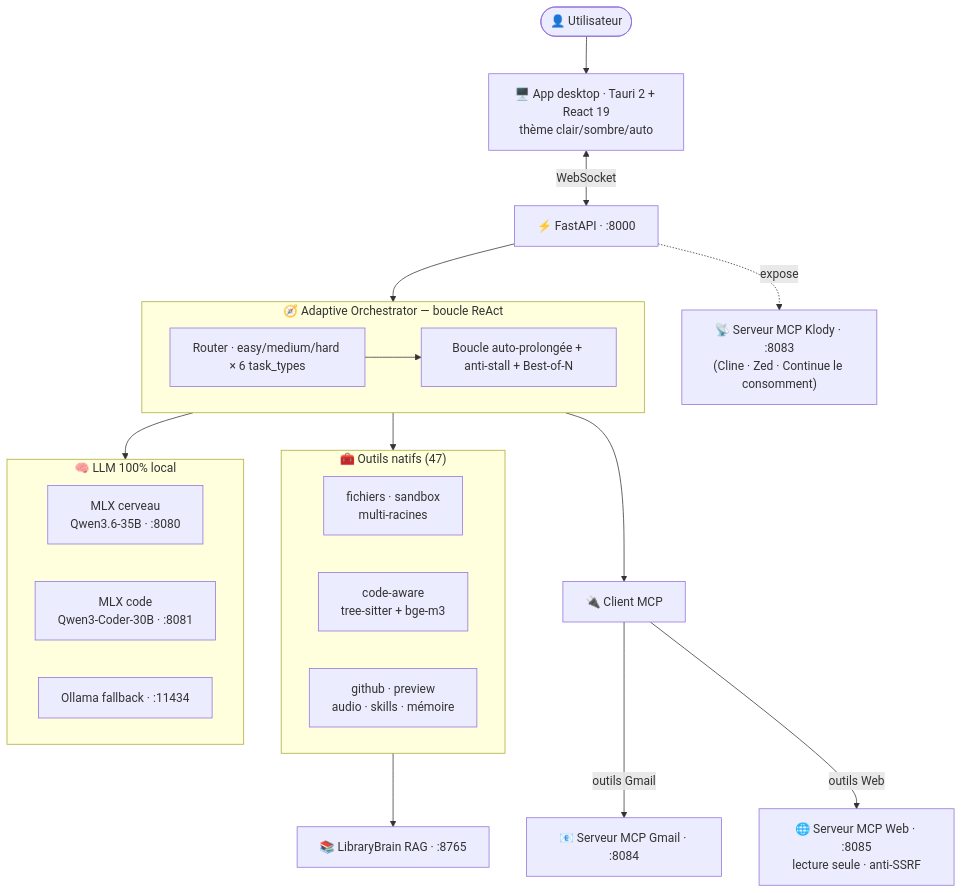
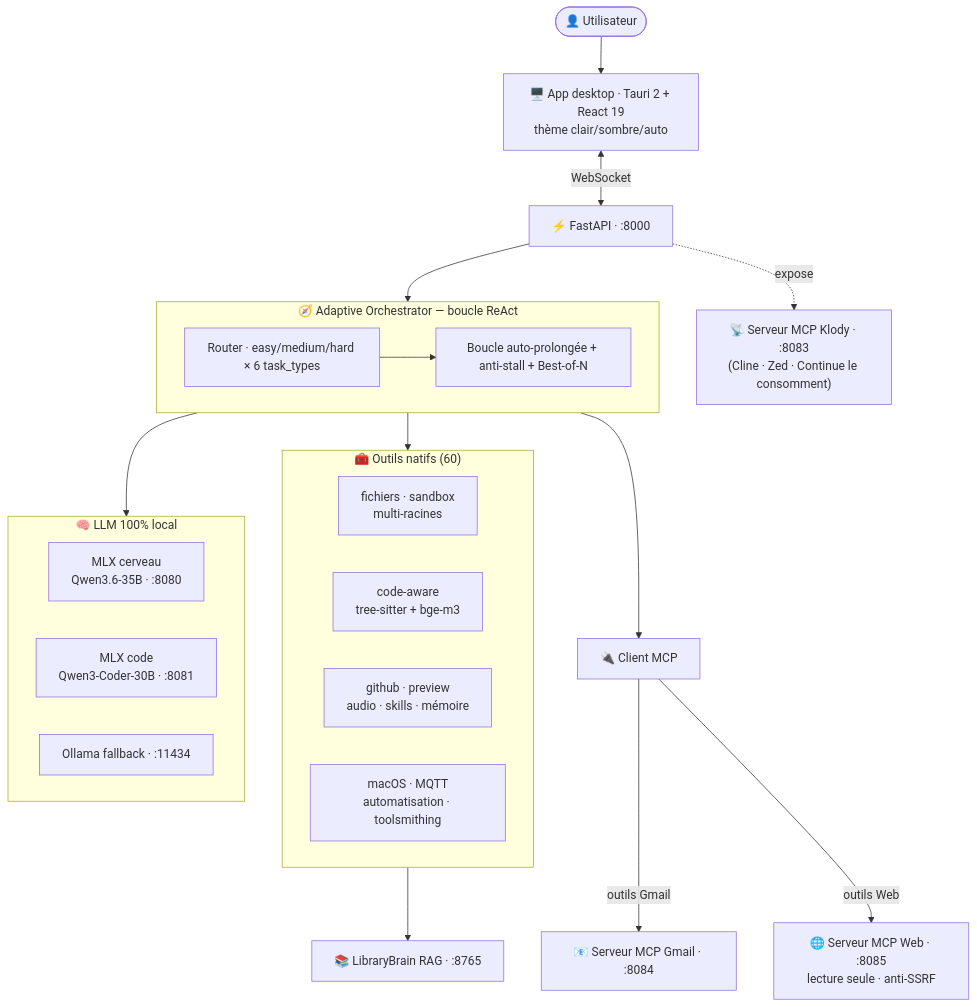
The diagram in README.md (klodynlov/klody-code-ai), drawn with Mermaid before and after one commit. The commit also changed other lines of this file and 14 other files, not shown here.

First line of the commit message:
feat(tools): pilotage de l'environnement (macOS/IoT) + toolsmithing (étape 10)

````diff
--- a/README.md
+++ b/README.md
@@ -50,36 +52,37 @@
 ```mermaid
 flowchart TD
     U([👤 Utilisateur]) --> UI["🖥️ App desktop · Tauri 2 + React 19<br/>thème clair/sombre/auto"]
     UI <-->|WebSocket| API["⚡ FastAPI · :8000"]
     API --> ORCH
 
     subgraph ORCH["🧭 Adaptive Orchestrator — boucle ReAct"]
         R["Router · easy/medium/hard × 6 task_types"]
         L["Boucle auto-prolongée + anti-stall + Best-of-N"]
         R --> L
     end
 
     ORCH --> TOOLS
     ORCH --> MCPC["🔌 Client MCP"]
     ORCH --> LLM
 
-    subgraph TOOLS["🧰 Outils natifs (47)"]
+    subgraph TOOLS["🧰 Outils natifs (60)"]
         direction LR
         T1["fichiers · sandbox<br/>multi-racines"]
         T2["code-aware<br/>tree-sitter + bge-m3"]
         T3["github · preview<br/>audio · skills · mémoire"]
+        T4["macOS · MQTT<br/>automatisation · toolsmithing"]
     end
 
     MCPC -->|outils Gmail| GM["📧 Serveur MCP Gmail · :8084"]
     MCPC -->|outils Web| WB["🌐 Serveur MCP Web · :8085<br/>lecture seule · anti-SSRF"]
 
     subgraph LLM["🧠 LLM 100% local"]
         direction LR
         B["MLX cerveau<br/>Qwen3.6-35B · :8080"]
         C["MLX code<br/>Qwen3-Coder-30B · :8081"]
         O["Ollama fallback · :11434"]
     end
 
     TOOLS --> RAG["📚 LibraryBrain RAG · :8765"]
     API -.expose.-> MCPS["📡 Serveur MCP Klody · :8083<br/>(Cline · Zed · Continue le consomment)"]
 ```
````
